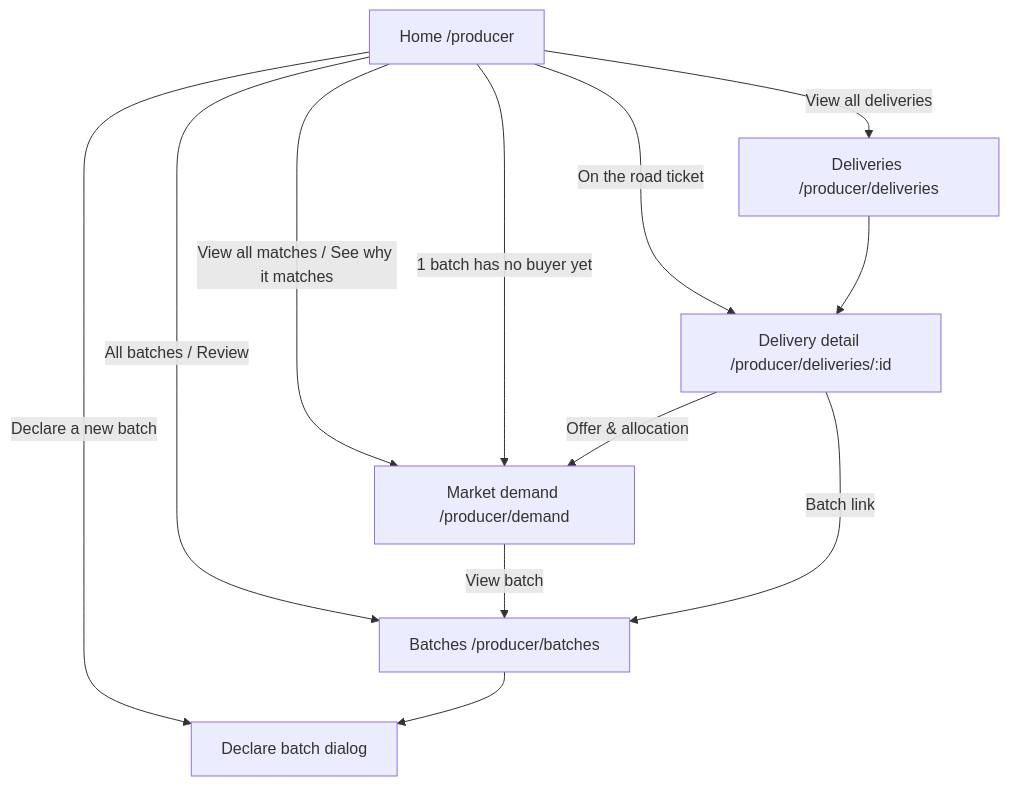
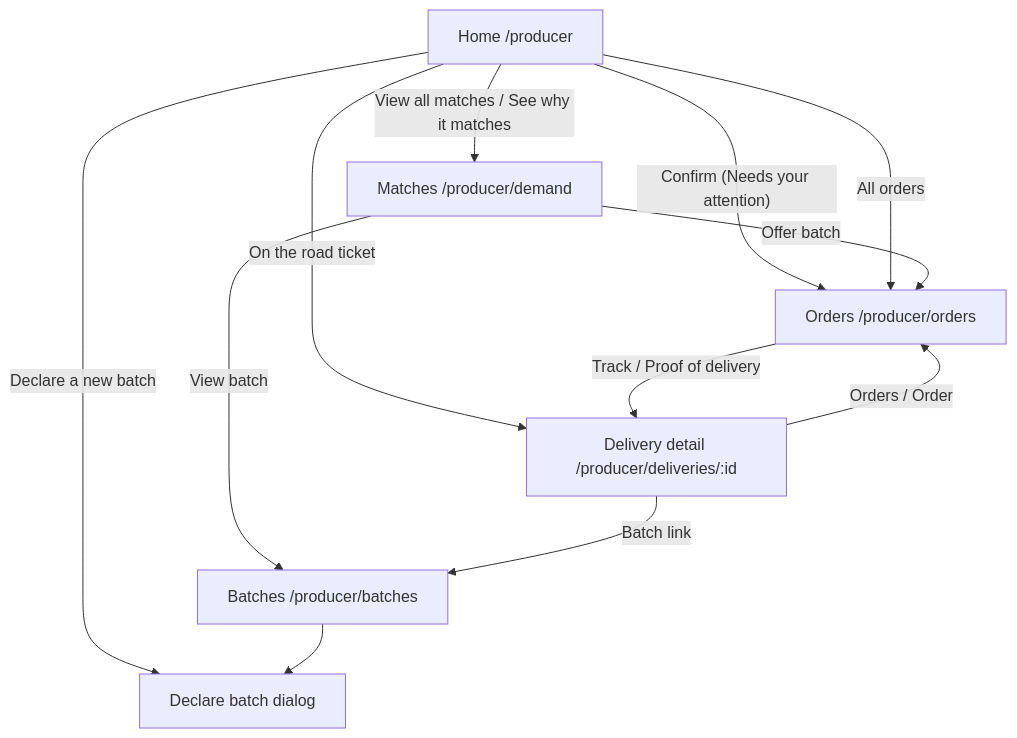
The second of 6 diagrams in docs/producer/README.md (DACN-Manifest-NongNh-p/agri-supply-demand-platform), drawn with Mermaid before and after one commit. The commit also changed other lines of this file and 97 other files, not shown here.

````diff
--- a/docs/producer/README.md
+++ b/docs/producer/README.md
@@ -51,21 +55,21 @@
 ```mermaid
 flowchart TB
     Home["Home /producer"]
-    Demand["Market demand /producer/demand"]
+    Matches["Matches /producer/demand"]
+    Orders["Orders /producer/orders"]
     Batches["Batches /producer/batches"]
-    Deliveries["Deliveries /producer/deliveries"]
     Detail["Delivery detail /producer/deliveries/:id"]
     Declare["Declare batch dialog"]
 
-    Home -- "View all matches / See why it matches" --> Demand
-    Home -- "1 batch has no buyer yet" --> Demand
+    Home -- "View all matches / See why it matches" --> Matches
+    Home -- "Confirm (Needs your attention)" --> Orders
     Home -- "Declare a new batch" --> Declare
-    Home -- "All batches / Review" --> Batches
     Home -- "On the road ticket" --> Detail
-    Home -- "View all deliveries" --> Deliveries
+    Home -- "All orders" --> Orders
+    Matches -- "Offer batch" --> Orders
+    Matches -- "View batch" --> Batches
+    Orders -- "Track / Proof of delivery" --> Detail
     Batches --> Declare
-    Demand -- "View batch" --> Batches
-    Deliveries --> Detail
+    Detail -- "Orders / Order" --> Orders
     Detail -- "Batch link" --> Batches
-    Detail -- "Offer & allocation" --> Demand
 ```
````
